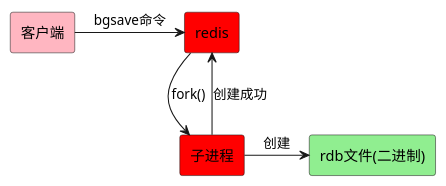
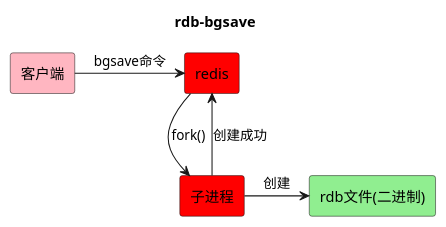
One commit to zhangxishuo/knowledge changed the fourth of 10 diagrams in redis/02-persistence/assets.wsd. Above: the diagram before and after it, drawn with PlantUML. The commit also changed other lines of this file and 10 other files, not shown here.

```diff
--- a/redis/02-persistence/assets.wsd
+++ b/redis/02-persistence/assets.wsd
@@ -30,13 +33,14 @@
 @startuml
+title rdb-bgsave
 skinparam style strictuml
 
 rectangle "客户端" as client #lightpink
 rectangle "redis" as redis #red
 rectangle "子进程" as fork #red
 rectangle "rdb文件(二进制)" as rdb #lightgreen
 
 client -right-> redis: bgsave命令
 redis -down-> fork: fork()
 fork -right-> rdb: 创建
 fork -up-> redis: 创建成功
 @enduml
```
